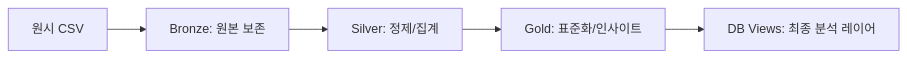
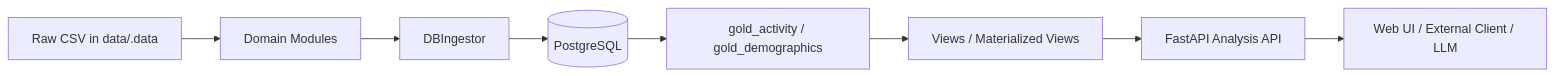
One commit to squirrelabbit/mcp changed the diagram in README.md. Above: the diagram before and after it, drawn with Mermaid. The commit also changed other lines of this file, not shown here.

````diff
--- a/README.md
+++ b/README.md
@@ -58,8 +85,10 @@
 ```mermaid
 flowchart LR
-  R[원시 CSV] --> Br[Bronze: 원본 보존]
-  Br --> Si[Silver: 정제/집계]
-  Si --> Go[Gold: 표준화/인사이트]
-  Go --> V[DB Views: 최종 분석 레이어]
-
+    A[Raw CSV in data/.data] --> B[Domain Modules]
+    B --> C[DBIngestor]
+    C --> D[(PostgreSQL)]
+    D --> E[gold_activity / gold_demographics]
+    E --> F[Views / Materialized Views]
+    F --> G[FastAPI Analysis API]
+    G --> H[Web UI / External Client / LLM]
 ```
````
